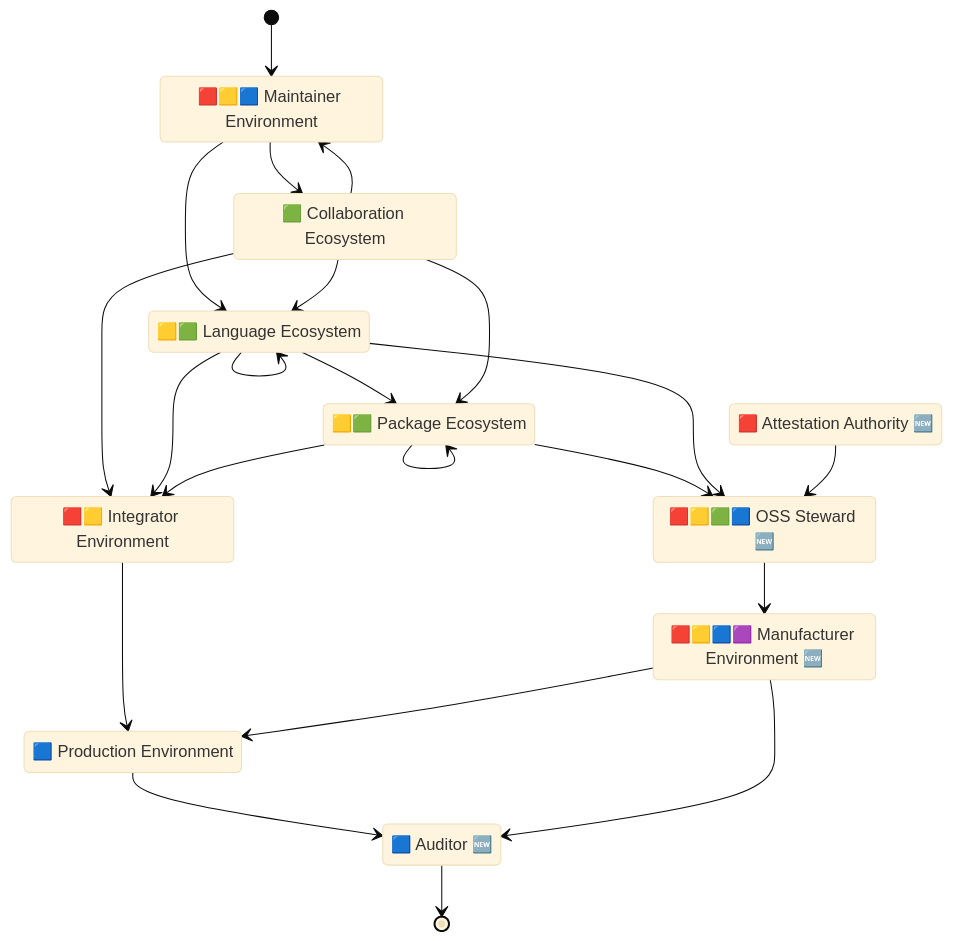
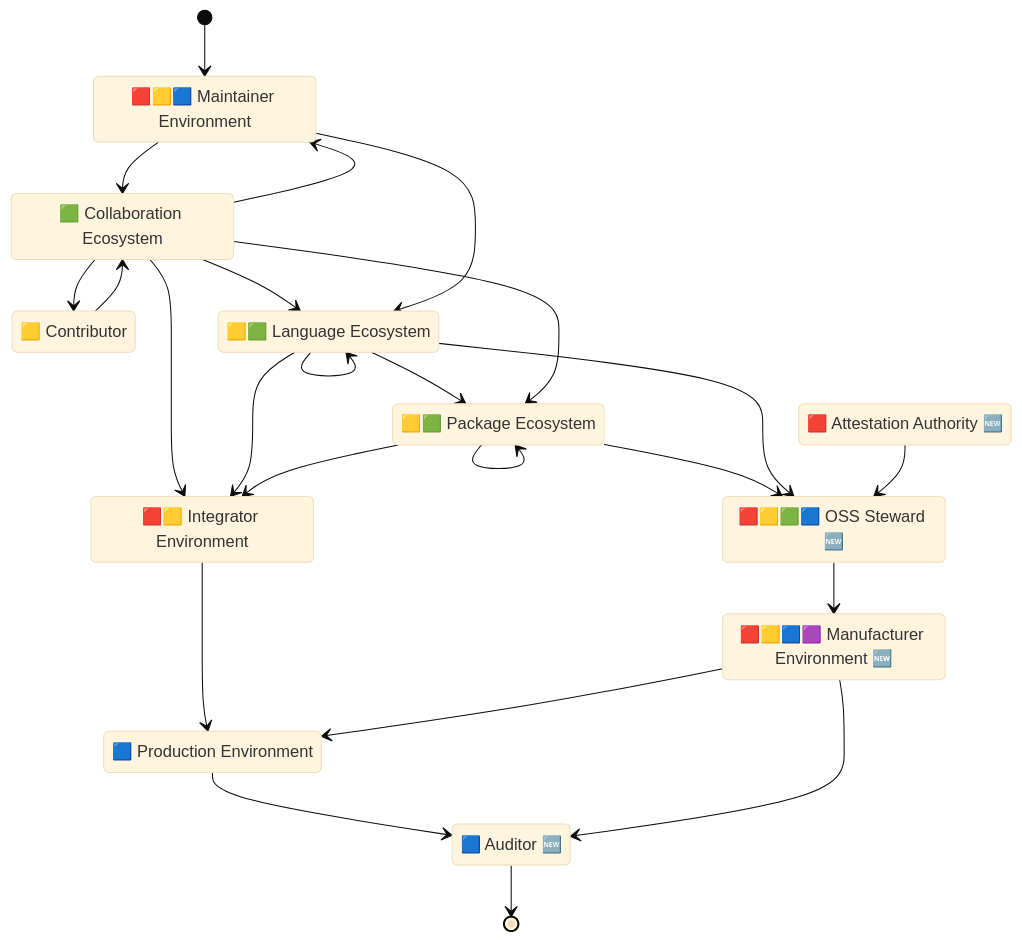
The second of 3 diagrams in docs/supplychain-sbom.md (CPAN-Security/security.metacpan.org), drawn with Mermaid (base theme) before and after one commit. The commit also changed other lines of this file, not shown here.

First line of the commit message:
Add a basic graph to introduce the simplest kind of OSS supply-chain; and more!

````diff
--- a/docs/supplychain-sbom.md
+++ b/docs/supplychain-sbom.md
@@ -26,46 +123,49 @@
 ```mermaid
 stateDiagram-v2
     direction TB
 
     state "🟥🟨🟦 Maintainer Environment" as environment_maintainer
+    state "🟨 Contributor" as environment_contributor
     state "🟩 Collaboration Ecosystem" as ecosystem_repo
     state "🟨🟩 Language Ecosystem" as ecosystem_lang
     state "🟨🟩 Package Ecosystem" as ecosystem_package
     state "🟥 Attestation Authority 🆕" as authority_attestation
     state "🟥🟨🟩🟦 OSS Steward 🆕" as ecosystem_steward
     %%state "🟩 Delivery Network" as network_distributor
     state "🟥🟨 Integrator Environment" as environment_integrator
     state "🟥🟨🟦🟪 Manufacturer Environment 🆕" as environment_manufacturer
     state "🟦 Production Environment" as environment_prod
     state "🟦 Auditor 🆕" as authority_auditor
 
     [*]                      --> environment_maintainer
     ecosystem_repo           --> environment_maintainer
+    ecosystem_repo           --> environment_contributor
+    ecosystem_repo           --> ecosystem_lang
     environment_maintainer   --> ecosystem_repo
     environment_maintainer   --> ecosystem_lang
+    environment_contributor  --> ecosystem_repo
     ecosystem_lang           --> ecosystem_lang
-    ecosystem_repo           --> ecosystem_lang
     %%environment_maintainer   --> network_distributor
     %%ecosystem_lang           --> network_distributor
     %%ecosystem_package        --> network_distributor
     ecosystem_lang           --> ecosystem_package
     ecosystem_repo           --> ecosystem_package
     ecosystem_package        --> ecosystem_package
     ecosystem_package        --> ecosystem_steward
     ecosystem_lang           --> ecosystem_steward
     authority_attestation    --> ecosystem_steward
     ecosystem_repo           --> environment_integrator
     ecosystem_lang           --> environment_integrator
     %%network_distributor      --> environment_integrator
     ecosystem_package        --> environment_integrator
     %%network_distributor      --> environment_manufacturer
     ecosystem_steward        --> environment_manufacturer
     environment_integrator   --> environment_prod
     environment_manufacturer --> environment_prod
     environment_prod         --> authority_auditor
     environment_manufacturer --> authority_auditor
     authority_auditor        --> [*]
 
     %% Copyright © 2024 Salve J. Nilsen <sjn@oslo.pm>
     %% Some rights reserved. Licenced CC-BY-SA-4.0
 ```
````
